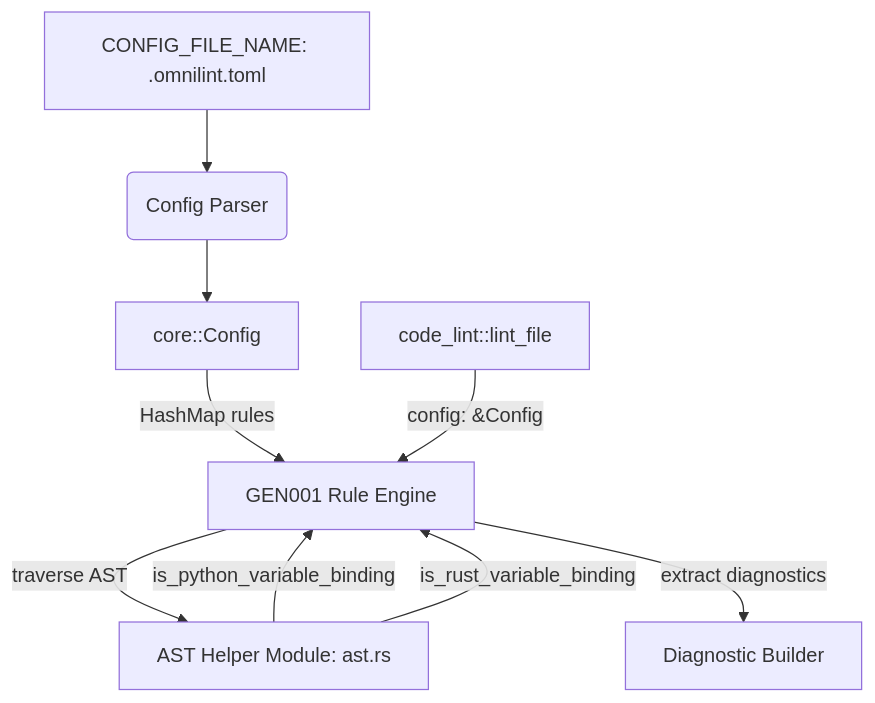
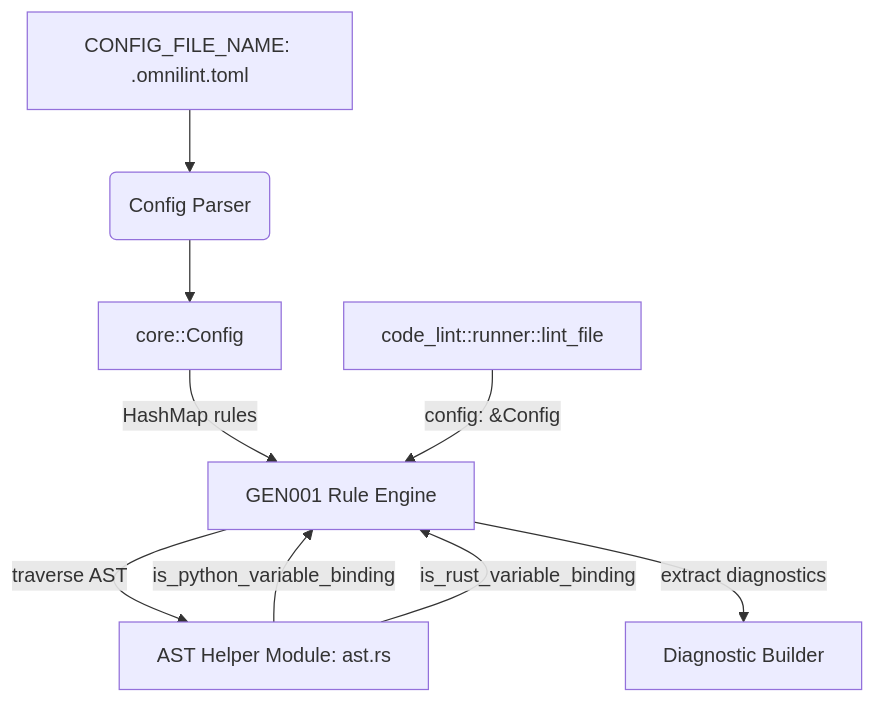
One commit to Kajiih/omni-lint changed the diagram in design_doc.md. Above: the diagram before and after it, drawn with Mermaid. The commit also changed other lines of this file and 58 other files, not shown here.

````diff
--- a/design_doc.md
+++ b/design_doc.md
@@ -19,11 +19,11 @@
 ```mermaid
 graph TD
     A[CONFIG_FILE_NAME: .omnilint.toml] --> B(Config Parser)
     B --> C[core::Config]
     C -->|HashMap rules| D[GEN001 Rule Engine]
-    E[code_lint::lint_file] -->|config: &Config| D
+    E[code_lint::runner::lint_file] -->|config: &Config| D
     D -->|traverse AST| F[AST Helper Module: ast.rs]
     F -->|is_python_variable_binding| D
     F -->|is_rust_variable_binding| D
     D -->|extract diagnostics| H[Diagnostic Builder]
 ```
````
